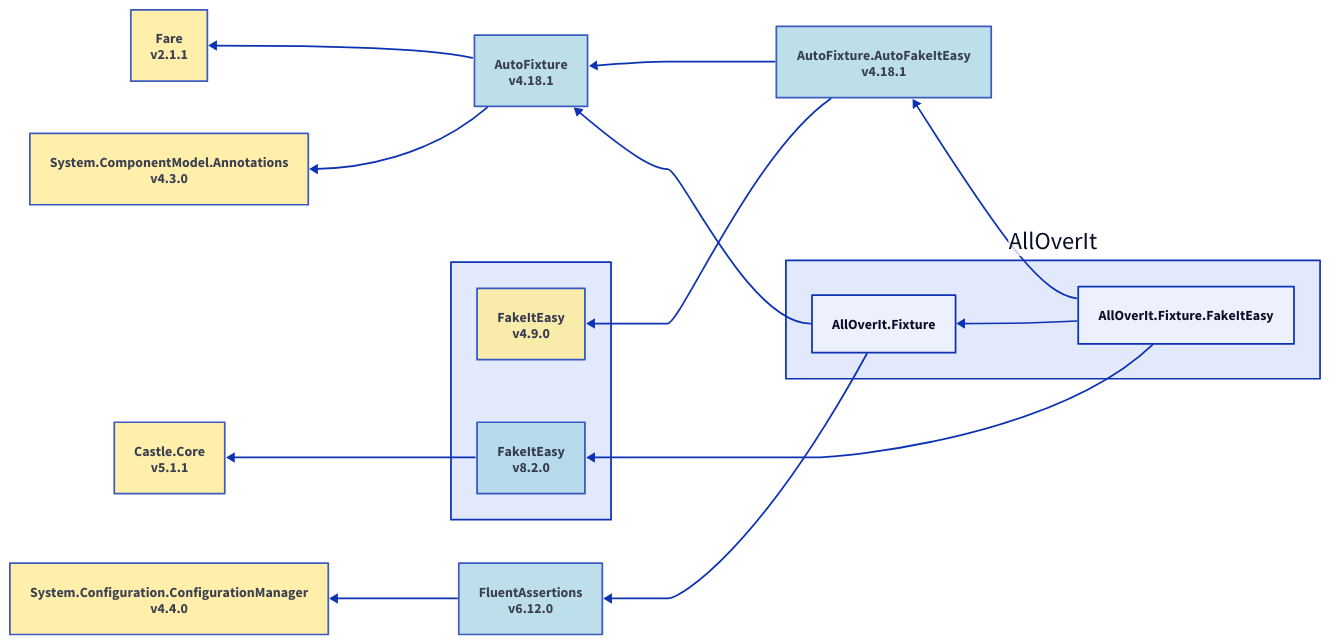
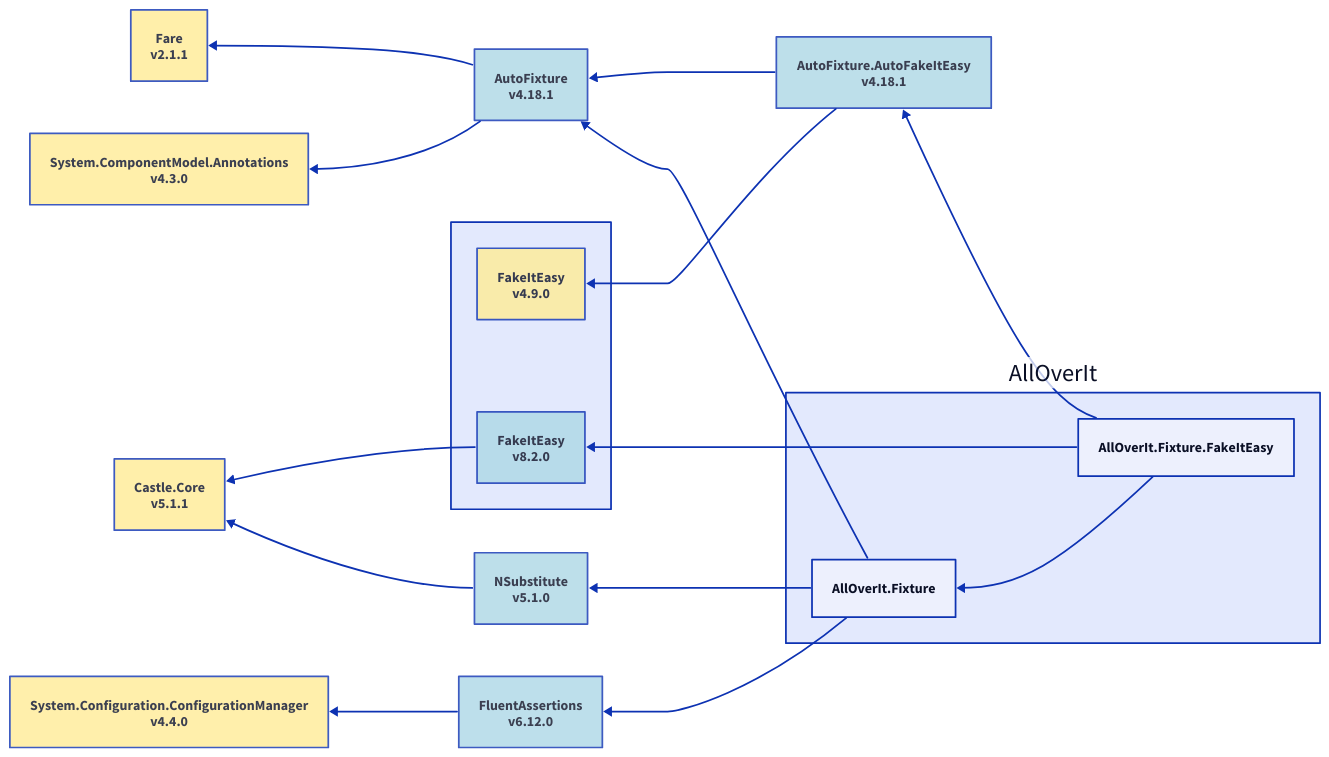
Before and after one commit to mjfreelancing/AllOverIt: the diagram in Docs/Reference/Content/images/dependencies/net6.0/alloverit-fixture-fakeiteasy.d2, drawn with D2. The commit also changed 108 other files, not shown here.

```diff
--- a/Docs/Reference/Content/images/dependencies/net6.0/alloverit-fixture-fakeiteasy.d2
+++ b/Docs/Reference/Content/images/dependencies/net6.0/alloverit-fixture-fakeiteasy.d2
@@ -1,44 +1,49 @@
 direction: left
 
 aoi: AllOverIt
 aoi.alloverit-fixture-fakeiteasy: AllOverIt.Fixture.FakeItEasy
 autofixture-autofakeiteasy_4-18-1: AutoFixture.AutoFakeItEasy\nv4.18.1
 autofixture-autofakeiteasy_4-18-1.style.fill: "#ADD8E6"
 autofixture-autofakeiteasy_4-18-1.style.opacity: 0.8
 autofixture_4-18-1: AutoFixture\nv4.18.1
 autofixture_4-18-1.style.opacity: 0.8
 autofixture_4-18-1.style.fill: "#ADD8E6"
 autofixture_4-18-1 <- autofixture-autofakeiteasy_4-18-1
 fakeiteasy-group: ""
 fakeiteasy-group.fakeiteasy_4-9-0: FakeItEasy\nv4.9.0
 fakeiteasy-group.fakeiteasy_4-9-0.style.fill: "#FFEC96"
 fakeiteasy-group.fakeiteasy_4-9-0.style.opacity: 0.8
 fakeiteasy-group.fakeiteasy_4-9-0 <- autofixture-autofakeiteasy_4-18-1
 autofixture-autofakeiteasy_4-18-1 <- aoi.alloverit-fixture-fakeiteasy
 fakeiteasy-group.fakeiteasy_8-2-0: FakeItEasy\nv8.2.0
 fakeiteasy-group.fakeiteasy_8-2-0.style.fill: "#ADD8E6"
 fakeiteasy-group.fakeiteasy_8-2-0.style.opacity: 0.8
 castle-core_5-1-1: Castle.Core\nv5.1.1
 castle-core_5-1-1.style.fill: "#FFEC96"
 castle-core_5-1-1.style.opacity: 0.8
 castle-core_5-1-1 <- fakeiteasy-group.fakeiteasy_8-2-0
 fakeiteasy-group.fakeiteasy_8-2-0 <- aoi.alloverit-fixture-fakeiteasy
 aoi.alloverit-fixture: AllOverIt.Fixture
 fare_2-1-1: Fare\nv2.1.1
 fare_2-1-1.style.fill: "#FFEC96"
 fare_2-1-1.style.opacity: 0.8
 fare_2-1-1 <- autofixture_4-18-1
 system-componentmodel-annotations_4-3-0: System.ComponentModel.Annotations\nv4.3.0
 system-componentmodel-annotations_4-3-0.style.fill: "#FFEC96"
 system-componentmodel-annotations_4-3-0.style.opacity: 0.8
 system-componentmodel-annotations_4-3-0 <- autofixture_4-18-1
 autofixture_4-18-1 <- aoi.alloverit-fixture
 fluentassertions_6-12-0: FluentAssertions\nv6.12.0
 fluentassertions_6-12-0.style.fill: "#ADD8E6"
 fluentassertions_6-12-0.style.opacity: 0.8
 system-configuration-configurationmanager_4-4-0: System.Configuration.ConfigurationManager\nv4.4.0
 system-configuration-configurationmanager_4-4-0.style.fill: "#FFEC96"
 system-configuration-configurationmanager_4-4-0.style.opacity: 0.8
 system-configuration-configurationmanager_4-4-0 <- fluentassertions_6-12-0
 fluentassertions_6-12-0 <- aoi.alloverit-fixture
+nsubstitute_5-1-0: NSubstitute\nv5.1.0
+nsubstitute_5-1-0.style.fill: "#ADD8E6"
+nsubstitute_5-1-0.style.opacity: 0.8
+castle-core_5-1-1 <- nsubstitute_5-1-0
+nsubstitute_5-1-0 <- aoi.alloverit-fixture
 aoi.alloverit-fixture <- aoi.alloverit-fixture-fakeiteasy
```
